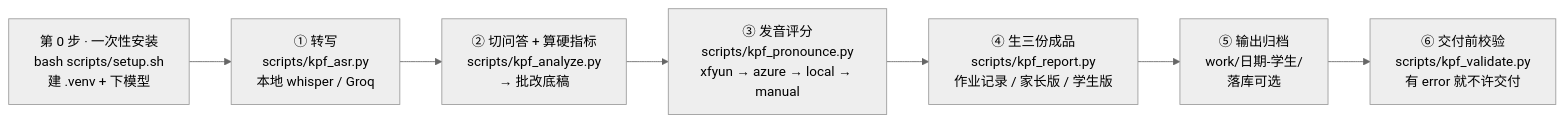
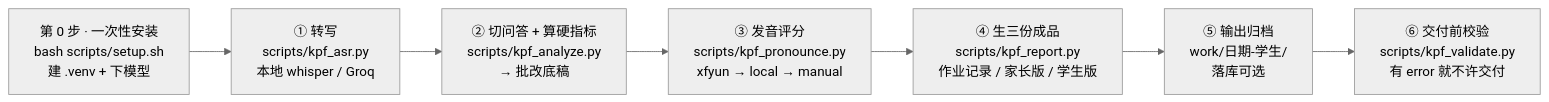
One commit to dongruiyue/kpf-speaking-grading changed the diagram in README.md. Above: the diagram before and after it, drawn with Mermaid (neutral theme). The commit also changed other lines of this file and 15 other files, not shown here.

````diff
--- a/README.md
+++ b/README.md
@@ -16,10 +16,10 @@
 ```mermaid
 flowchart LR
     S0["第 0 步 · 一次性安装<br/>bash scripts/setup.sh<br/>建 .venv + 下模型"] --> S1
     S1["① 转写<br/>scripts/kpf_asr.py<br/>本地 whisper / Groq"] --> S2
     S2["② 切问答 + 算硬指标<br/>scripts/kpf_analyze.py<br/>→ 批改底稿"] --> S3
-    S3["③ 发音评分<br/>scripts/kpf_pronounce.py<br/>xfyun → azure → local → manual"] --> S4
+    S3["③ 发音评分<br/>scripts/kpf_pronounce.py<br/>xfyun → local → manual"] --> S4
     S4["④ 生三份成品<br/>scripts/kpf_report.py<br/>作业记录 / 家长版 / 学生版"] --> S5
     S5["⑤ 输出归档<br/>work/日期-学生/<br/>落库可选"] --> S6
     S6["⑥ 交付前校验<br/>scripts/kpf_validate.py<br/>有 error 就不许交付"]
 ```
````
